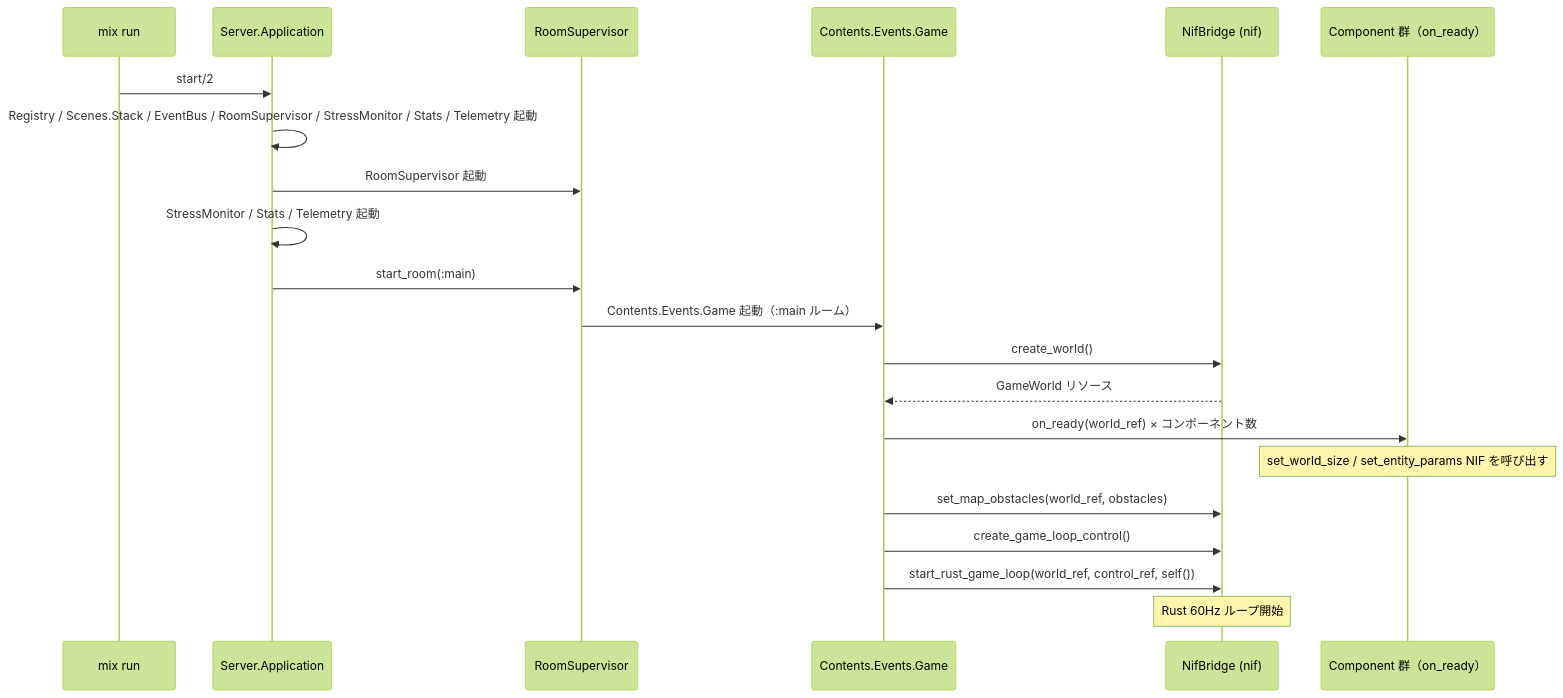
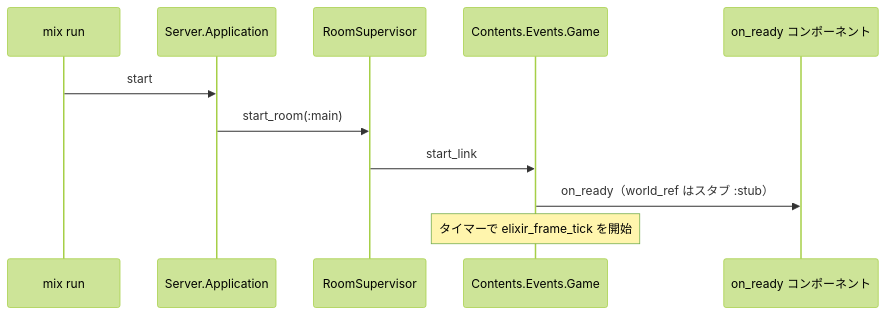
One commit to FRICK-ELDY/alchemy-engine changed the sixth of 9 diagrams in docs/architecture/overview.md. Above: the diagram before and after it, drawn with Mermaid (forest theme). The commit also changed other lines of this file and 11 other files, not shown here.

Commit message:
docs(architecture): 現行構成（Formula NIF・Elixir tick・3 コンテンツ）に合わせて更新

````diff
--- a/docs/architecture/overview.md
+++ b/docs/architecture/overview.md
@@ -310,24 +202,14 @@
 ```mermaid
 sequenceDiagram
     participant MX as mix run
     participant APP as Server.Application
     participant RS as RoomSupervisor
     participant GEV as Contents.Events.Game
-    participant NIF as NifBridge (nif)
-    participant COMP as Component 群（on_ready）
+    participant COMP as on_ready コンポーネント
 
-    MX->>APP: start/2
-    APP->>APP: Registry / Scenes.Stack / EventBus / RoomSupervisor / StressMonitor / Stats / Telemetry 起動
-    APP->>RS: RoomSupervisor 起動
-    APP->>APP: StressMonitor / Stats / Telemetry 起動
+    MX->>APP: start
     APP->>RS: start_room(:main)
-    RS->>GEV: Contents.Events.Game 起動（:main ルーム）
-    GEV->>NIF: create_world()
-    NIF-->>GEV: GameWorld リソース
-    GEV->>COMP: on_ready(world_ref) × コンポーネント数
-    Note over COMP: set_world_size / set_entity_params NIF を呼び出す
-    GEV->>NIF: set_map_obstacles(world_ref, obstacles)
-    GEV->>NIF: create_game_loop_control()
-    GEV->>NIF: start_rust_game_loop(world_ref, control_ref, self())
-    Note over NIF: Rust 60Hz ループ開始
+    RS->>GEV: start_link
+    GEV->>COMP: on_ready（world_ref はスタブ :stub）
+    Note over GEV: タイマーで elixir_frame_tick を開始
 ```
````
